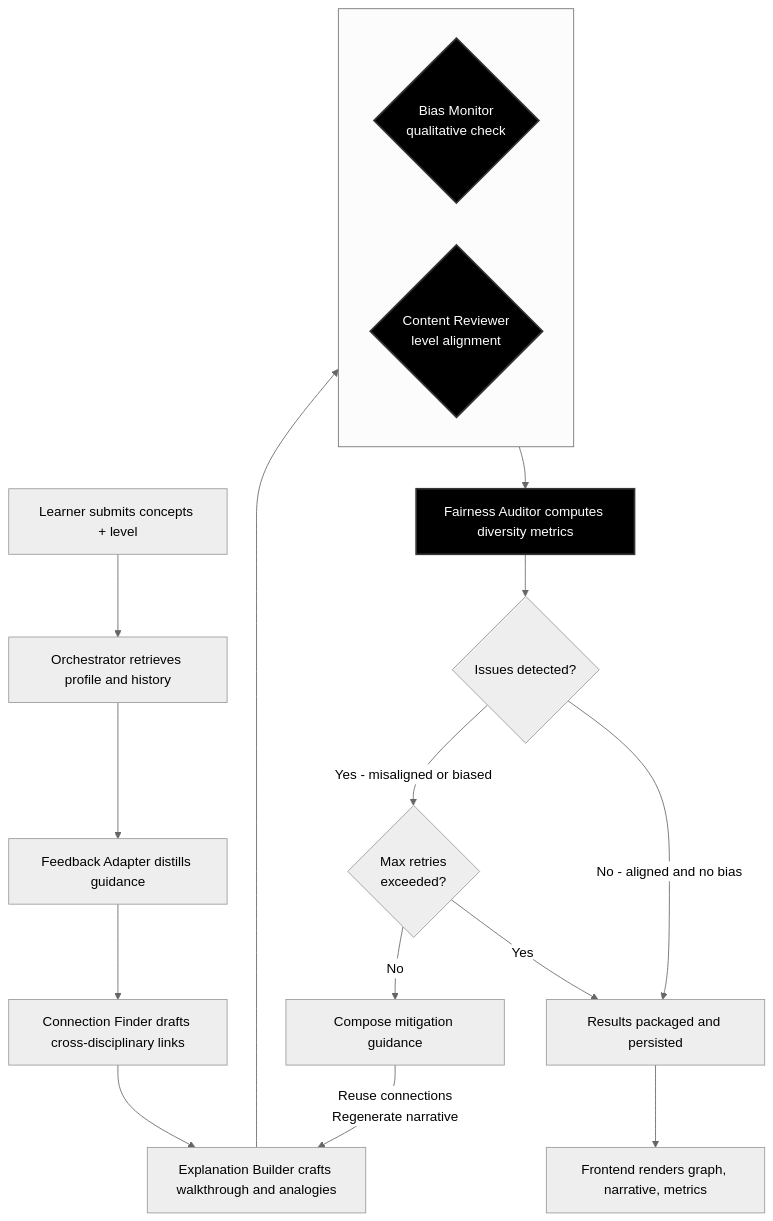
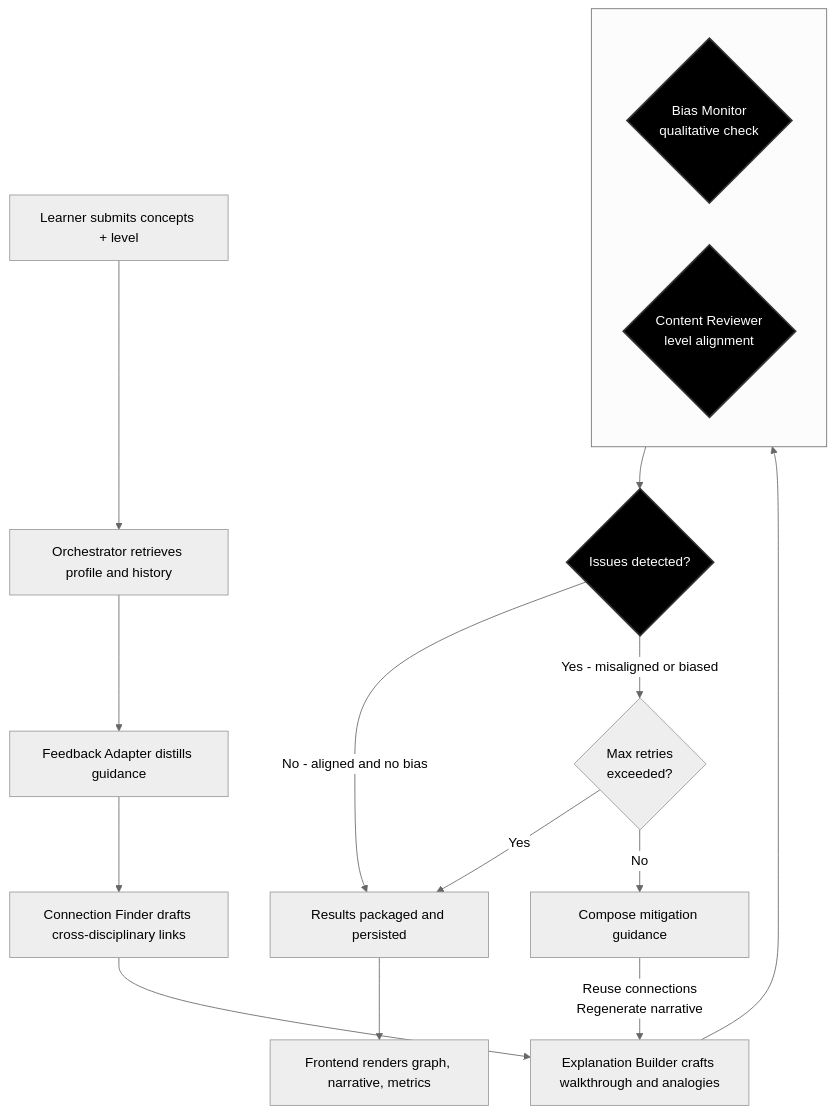
Before and after one commit to IThioye/Concept-Connector: the diagram in README.md, drawn with Mermaid (neutral theme). The commit also changed other lines of this file and 12 other files, not shown here.

````diff
--- a/README.md
+++ b/README.md
@@ -34,31 +32,30 @@
 ```mermaid
 flowchart TD
     A[Learner submits concepts + level] --> B[Orchestrator retrieves profile and history]
     B --> C[Feedback Adapter distills guidance]
     C --> D[Connection Finder drafts cross-disciplinary links]
     D --> E[Explanation Builder crafts walkthrough and analogies]
     
     E --> F[Parallel Review Stage]
     
     subgraph F[" "]
         direction LR
         G{Bias Monitor<br/>qualitative check}
         H{Content Reviewer<br/>level alignment}
     end
     
-    F --> I[Fairness Auditor computes diversity metrics]
-    I --> J{Issues detected?}
+    F --> I{Issues detected?}
     
-    J -->|No - aligned and no bias| M[Results packaged and persisted]
-    J -->|Yes - misaligned or biased| K{Max retries<br/>exceeded?}
+    I -->|No - aligned and no bias| L[Results packaged and persisted]
+    I -->|Yes - misaligned or biased| J{Max retries<br/>exceeded?}
     
-    K -->|Yes| M
-    K -->|No| L[Compose mitigation guidance]
-    L -->|Reuse connections<br/>Regenerate narrative| E
+    J -->|Yes| L
+    J -->|No| K[Compose mitigation guidance]
+    K -->|Reuse connections<br/>Regenerate narrative| E
     
-    M --> N[Frontend renders graph, narrative, metrics]
+    L --> M[Frontend renders graph, narrative, metrics]
     
     style G fill:#000,stroke:#333,stroke-width:2px,color:#fff
     style H fill:#000,stroke:#333,stroke-width:2px,color:#fff
     style I fill:#000,stroke:#333,stroke-width:2px,color:#fff
 ```
````
